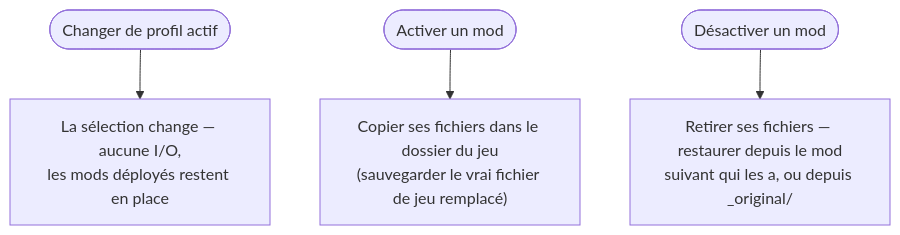
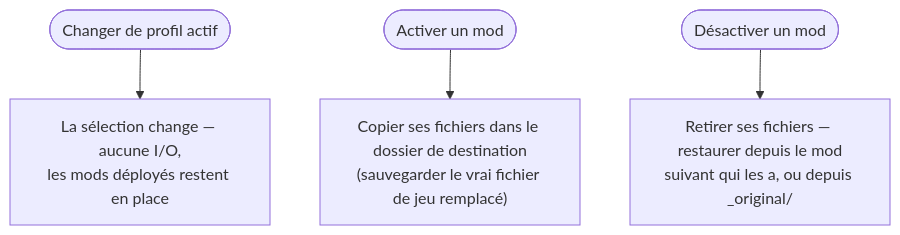
One commit to FreeProject089/BetterModsManager changed the first of 3 diagrams in frontend/assets/docs/fr/how-it-works/profiles-activation.md. Above: the diagram before and after it, drawn with Mermaid. The commit also changed other lines of this file and 37 other files, not shown here.

````diff
--- a/frontend/assets/docs/fr/how-it-works/profiles-activation.md
+++ b/frontend/assets/docs/fr/how-it-works/profiles-activation.md
@@ -39,6 +39,6 @@
 ```mermaid
 flowchart TB
     SW([Changer de profil actif]) --> PTR["La sélection change — aucune I/O,<br/>les mods déployés restent en place"]
-    EN([Activer un mod]) --> DEPLOY["Copier ses fichiers dans le dossier du jeu<br/>(sauvegarder le vrai fichier de jeu remplacé)"]
+    EN([Activer un mod]) --> DEPLOY["Copier ses fichiers dans le dossier de destination<br/>(sauvegarder le vrai fichier de jeu remplacé)"]
     DIS([Désactiver un mod]) --> REMOVE["Retirer ses fichiers — restaurer depuis le mod<br/>suivant qui les a, ou depuis _original/"]
 ```
````
